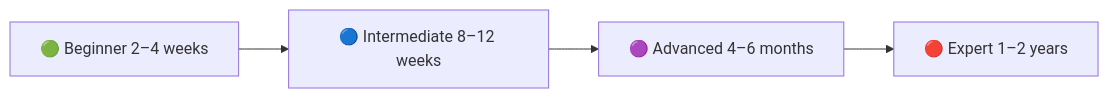
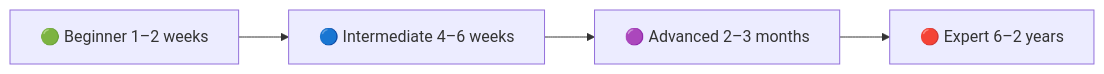
One commit to hetfs/luaOrbiter changed the second of 2 diagrams in docs/intro.md. Above: the diagram before and after it, drawn with Mermaid. The commit also changed other lines of this file and 9 other files, not shown here.

````diff
--- a/docs/intro.md
+++ b/docs/intro.md
@@ -210,6 +197,6 @@
 ```mermaid
 graph LR
-  A[🟢 Beginner 2–4 weeks] --> B[🔵 Intermediate 8–12 weeks]
-  B --> C[🟣 Advanced 4–6 months]
-  C --> D[🔴 Expert 1–2 years]
+  A[🟢 Beginner 1–2 weeks] --> B[🔵 Intermediate 4–6 weeks]
+  B --> C[🟣 Advanced 2–3 months]
+  C --> D[🔴 Expert 6–2 years]
 ```
````
